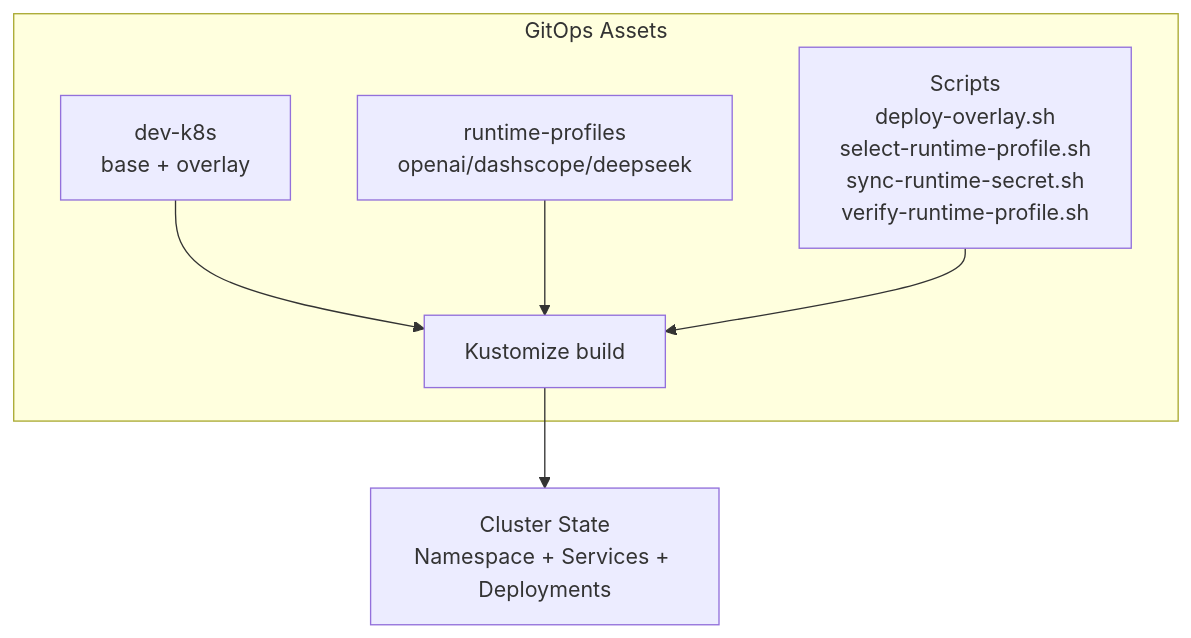
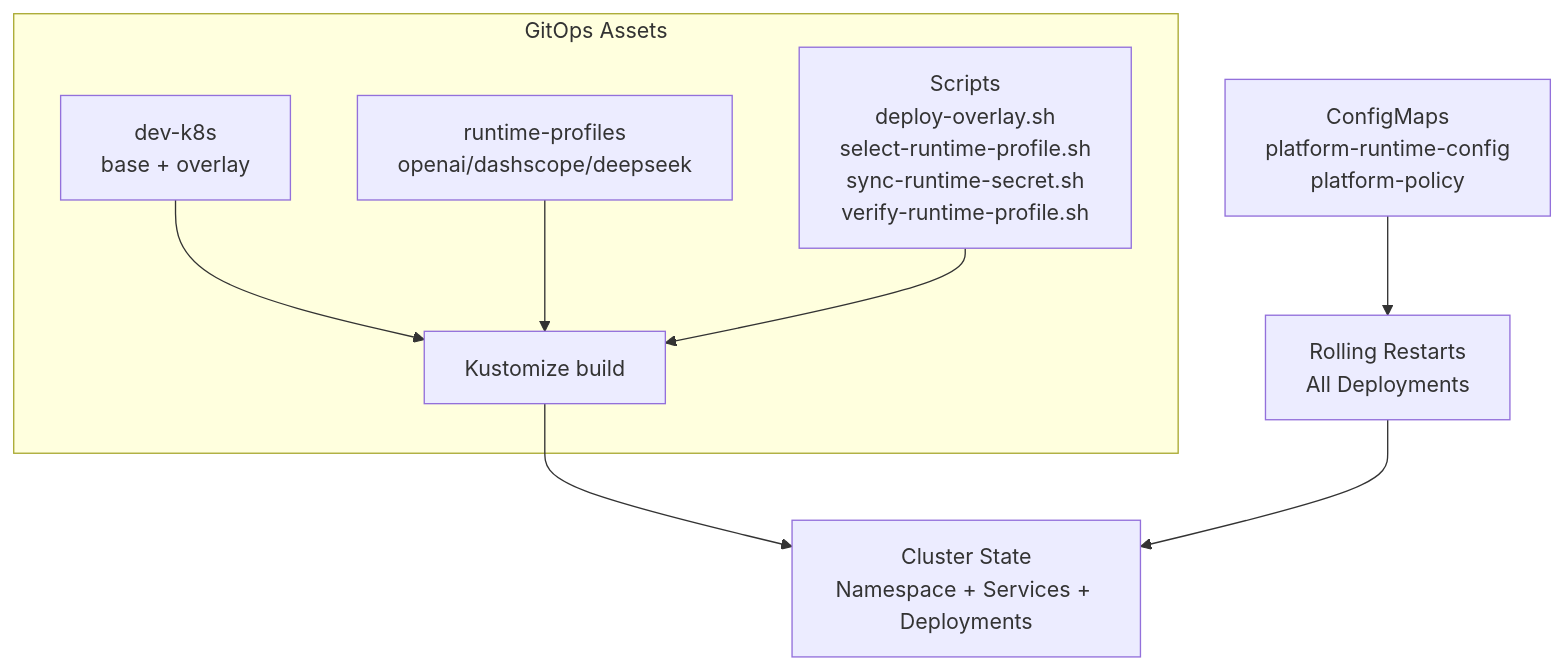
The first of 7 diagrams in .qoder/repowiki/en/content/Deployment and Operations/GitOps Workflow.md (metasync/luban-aiops), drawn with Mermaid before and after one commit. The commit also changed other lines of this file and 43 other files, not shown here.

````diff
--- a/.qoder/repowiki/en/content/Deployment and Operations/GitOps Workflow.md
+++ b/.qoder/repowiki/en/content/Deployment and Operations/GitOps Workflow.md
@@ -45,9 +57,11 @@
 ```mermaid
 graph TB
 subgraph "GitOps Assets"
 A["dev-k8s<br/>base + overlay"] --> B["Kustomize build"]
 C["runtime-profiles<br/>openai/dashscope/deepseek"] --> B
 D["Scripts<br/>deploy-overlay.sh<br/>select-runtime-profile.sh<br/>sync-runtime-secret.sh<br/>verify-runtime-profile.sh"] --> B
 end
 B --> E["Cluster State<br/>Namespace + Services + Deployments"]
+F["ConfigMaps<br/>platform-runtime-config<br/>platform-policy"] --> G["Rolling Restarts<br/>All Deployments"]
+G --> E
 ```
````
